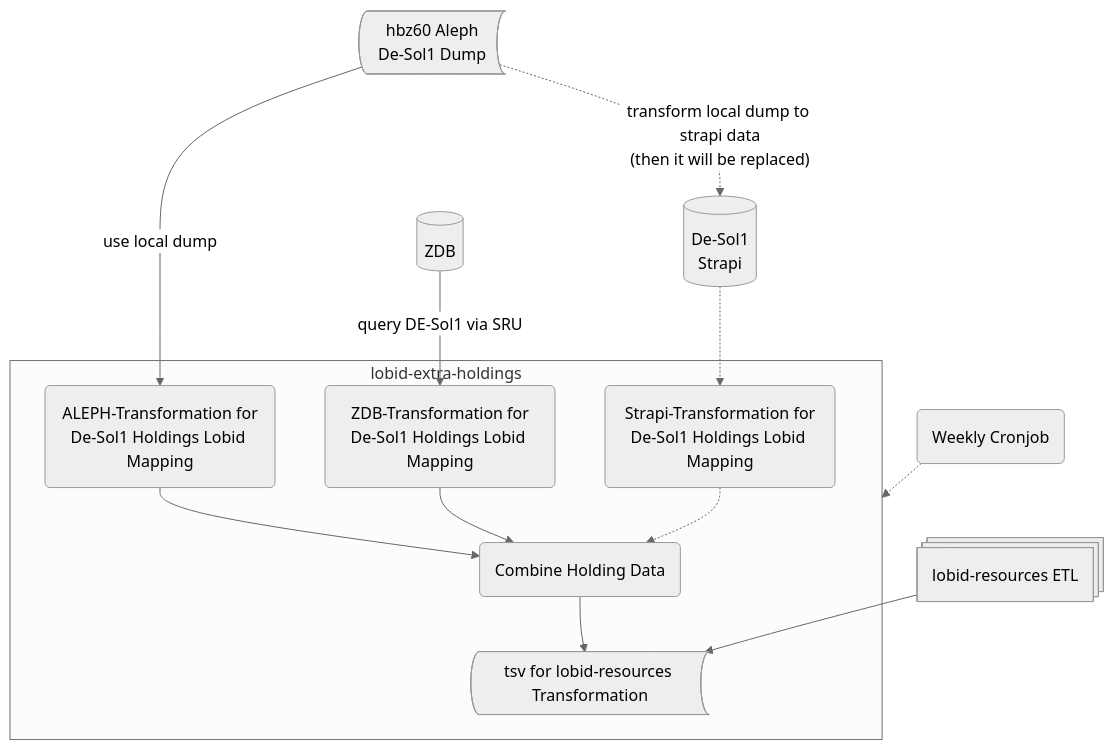
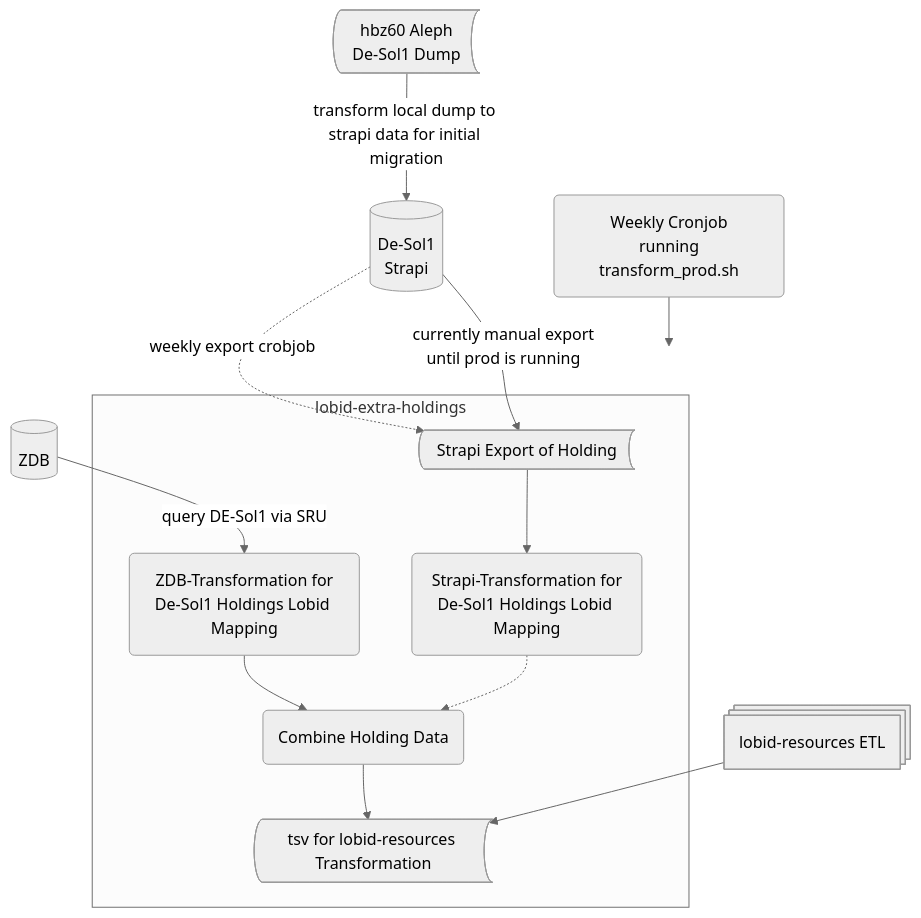
One commit to hbz/lobid-extra-holdings changed the diagram in README.md. Above: the diagram before and after it, drawn with Mermaid (neutral theme).

Commit message:
Adjust flowchart in README.md
Exclude the aleph dump transformation and set strapi and cronjobs to activ. Only the Export crobjob is not active yet.

````diff
--- a/README.md
+++ b/README.md
@@ -13,31 +13,33 @@
 ```mermaid
+
 flowchart TD
  subgraph s1["lobid-extra-holdings"]
+        n2["Strapi Export of Holding "]
         n5["Combine Holding Data"]
-        n2["ALEPH-Transformation for<br>De-Sol1 Holdings Lobid Mapping"]
         n4["ZDB-Transformation for<br>De-Sol1 Holdings Lobid Mapping"]
         n6["Strapi-Transformation for<br>De-Sol1 Holdings Lobid Mapping"]
         n7["tsv for lobid-resources Transformation"]
   end
-    n2 --> n5
     n4 --> n5
-    n1["hbz60 Aleph<br>De-Sol1 Dump"] -- use local dump --> n2
+    n1["hbz60 Aleph<br>De-Sol1 Dump"]
     A["ZDB"] -- "query DE-Sol1 via SRU" --> n4
-    n1 -. transform local dump to strapi data</br>(then it will be replaced) .-> n3["De-Sol1<br>Strapi"]
-    n3 -.-> n6
+    n1 -- transform local dump to strapi data for initial migration--> n3["De-Sol1<br>Strapi"]
+    n3 -. "weekly export crobjob" -.-> n2
+    n3 -- "currently manual export<br> until prod is running" --> n2    
+    n2 --> n6
     n6 -.-> n5
     n5 --> n7
-    n8["Weekly Cronjob"] -.-> s1
+    n8["Weekly Cronjob<br> running transform_prod.sh"] --> s1
     n9["lobid-resources ETL"] --> n7
 
     n5@{ shape: rounded}
-    n2@{ shape: rounded}
     n4@{ shape: rounded}
     n6@{ shape: rounded}
     n7@{ shape: stored-data}
     n1@{ shape: stored-data}
+    n2@{ shape: stored-data}    
     A@{ shape: db}
     n3@{ shape: db}
     n8@{ shape: event}
     n9@{ shape: procs}
 ```
````
